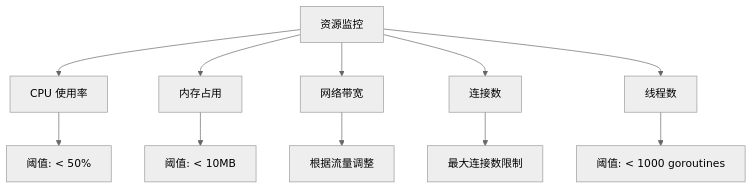
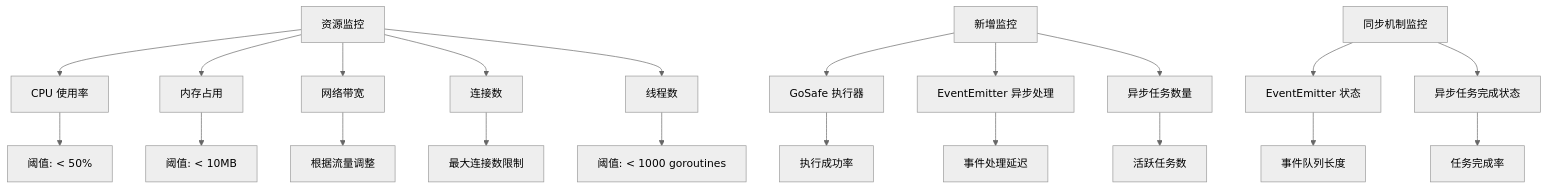
Before and after one commit to maomao94/zero-service: the ninth of 9 diagrams in .qoder/repowiki/zh/content/Test Progress Tool.md, drawn with Mermaid (neutral theme). The commit also changed other lines of this file and 48 other files, not shown here.

````diff
--- a/.qoder/repowiki/zh/content/Test Progress Tool.md
+++ b/.qoder/repowiki/zh/content/Test Progress Tool.md
@@ -711,13 +773,23 @@
 ```mermaid
 graph TB
 A[资源监控] --> B[CPU 使用率]
 A --> C[内存占用]
 A --> D[网络带宽]
 A --> E[连接数]
 A --> F[线程数]
 B --> G[阈值: < 50%]
 C --> H[阈值: < 10MB]
 D --> I[根据流量调整]
 E --> J[最大连接数限制]
 F --> K[阈值: < 1000 goroutines]
+L[新增监控] --> M[GoSafe 执行器]
+L --> N[EventEmitter 异步处理]
+L --> O[异步任务数量]
+M --> P[执行成功率]
+N --> Q[事件处理延迟]
+O --> R[活跃任务数]
+S[同步机制监控] --> T[EventEmitter 状态]
+S --> U[异步任务完成状态]
+T --> V[事件队列长度]
+U --> W[任务完成率]
 ```
````
